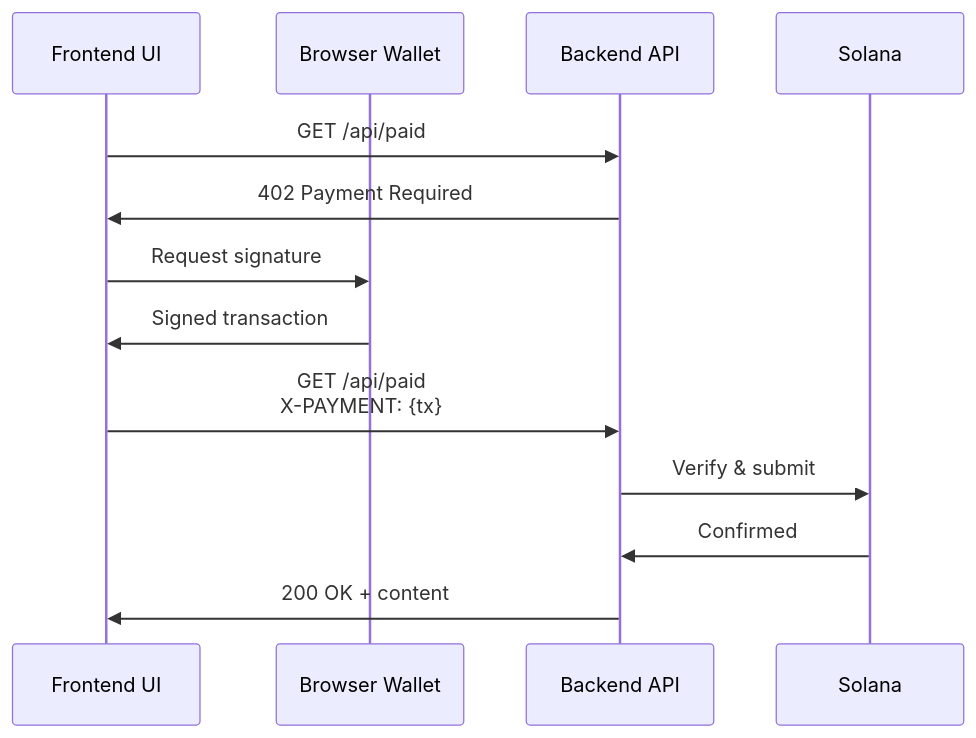
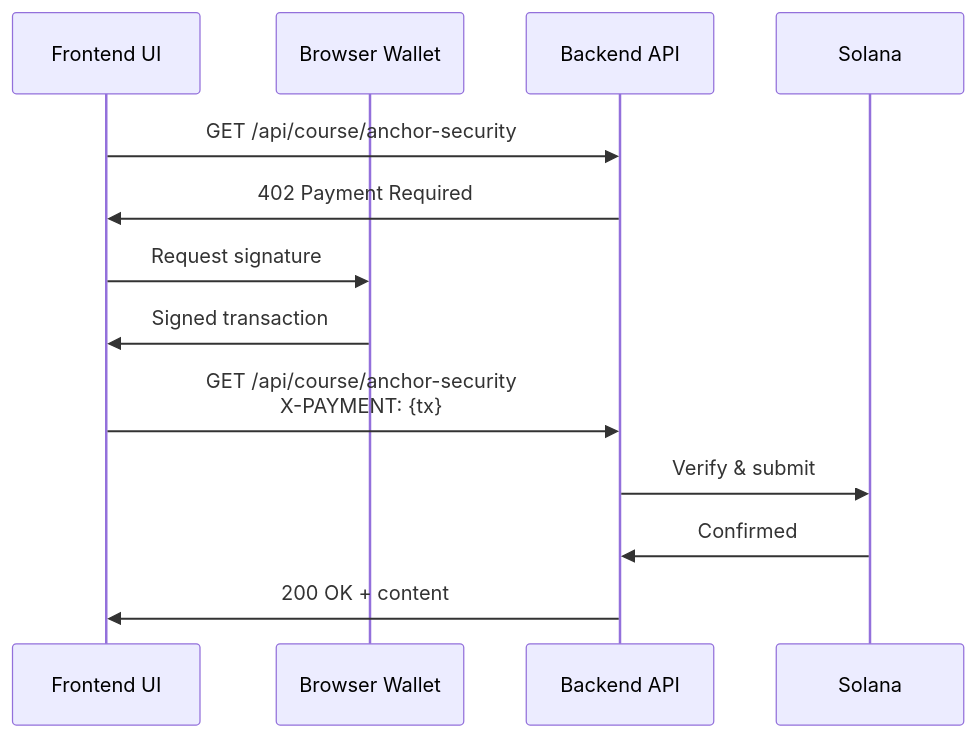
Before and after one commit to snufflesrea/solana-content-pay: the diagram in frontend/README.md, drawn with Mermaid. The commit also changed 40 other files, not shown here.

````diff
--- a/frontend/README.md
+++ b/frontend/README.md
@@ -155,18 +155,18 @@
 ```mermaid
 sequenceDiagram
     participant UI as Frontend UI
     participant Wallet as Browser Wallet
     participant API as Backend API
     participant Solana as Solana
 
-    UI->>API: GET /api/paid
+    UI->>API: GET /api/course/anchor-security
     API->>UI: 402 Payment Required
 
     UI->>Wallet: Request signature
     Wallet->>UI: Signed transaction
 
-    UI->>API: GET /api/paid<br/>X-PAYMENT: {tx}
+    UI->>API: GET /api/course/anchor-security<br/>X-PAYMENT: {tx}
     API->>Solana: Verify & submit
     Solana->>API: Confirmed
     API->>UI: 200 OK + content
 ```
````
